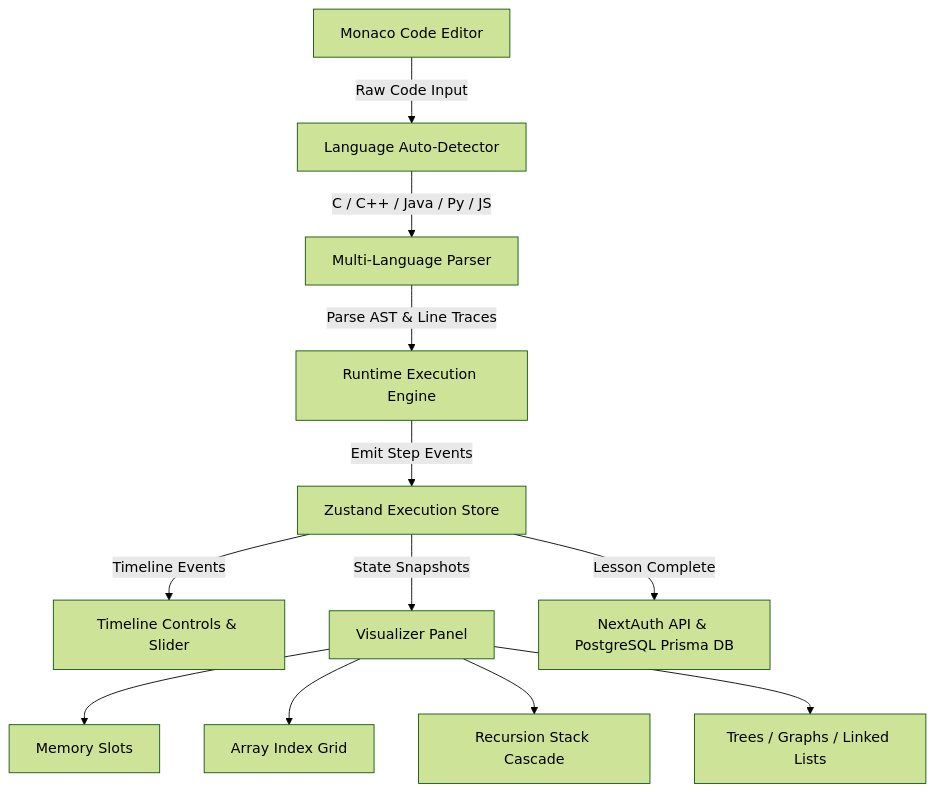
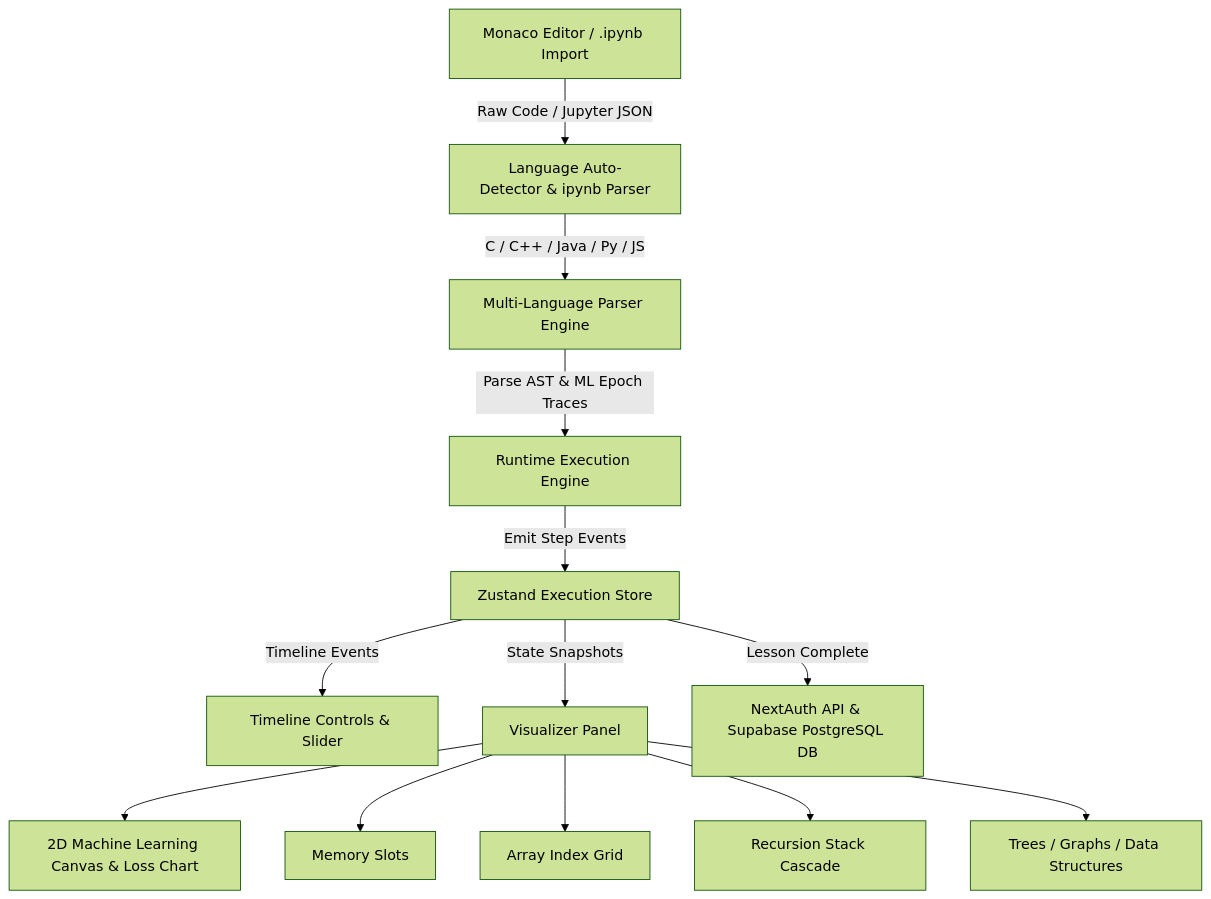
One commit to IstiakAdil14/TraceLab changed the diagram in README.md. Above: the diagram before and after it, drawn with Mermaid (forest theme). The commit also changed other lines of this file, not shown here.

Commit message:
docs: update README.md with Machine Learning visualizer engine, Jupyter Notebook parser and live Vercel badge

````diff
--- a/README.md
+++ b/README.md
@@ -53,14 +70,15 @@
 ```mermaid
 graph TD
-    A[Monaco Code Editor] -->|Raw Code Input| B[Language Auto-Detector]
-    B -->|C / C++ / Java / Py / JS| C[Multi-Language Parser]
-    C -->|Parse AST & Line Traces| D[Runtime Execution Engine]
+    A[Monaco Editor / .ipynb Import] -->|Raw Code / Jupyter JSON| B[Language Auto-Detector & ipynb Parser]
+    B -->|C / C++ / Java / Py / JS| C[Multi-Language Parser Engine]
+    C -->|Parse AST & ML Epoch Traces| D[Runtime Execution Engine]
     D -->|Emit Step Events| E[Zustand Execution Store]
     E -->|Timeline Events| F[Timeline Controls & Slider]
     E -->|State Snapshots| G[Visualizer Panel]
-    G --> H[Memory Slots]
-    G --> I[Array Index Grid]
-    G --> J[Recursion Stack Cascade]
-    G --> K[Trees / Graphs / Linked Lists]
-    E -->|Lesson Complete| L[NextAuth API & PostgreSQL Prisma DB]
+    G --> H[2D Machine Learning Canvas & Loss Chart]
+    G --> I[Memory Slots]
+    G --> J[Array Index Grid]
+    G --> K[Recursion Stack Cascade]
+    G --> L[Trees / Graphs / Data Structures]
+    E -->|Lesson Complete| M[NextAuth API & Supabase PostgreSQL DB]
 ```
````
